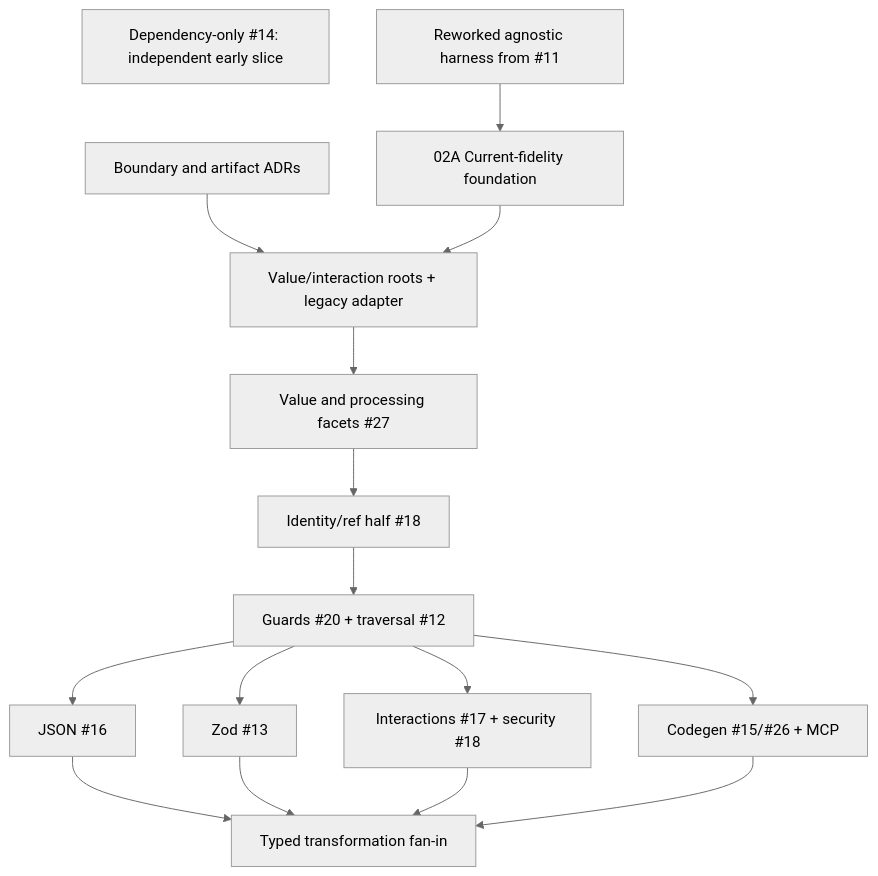
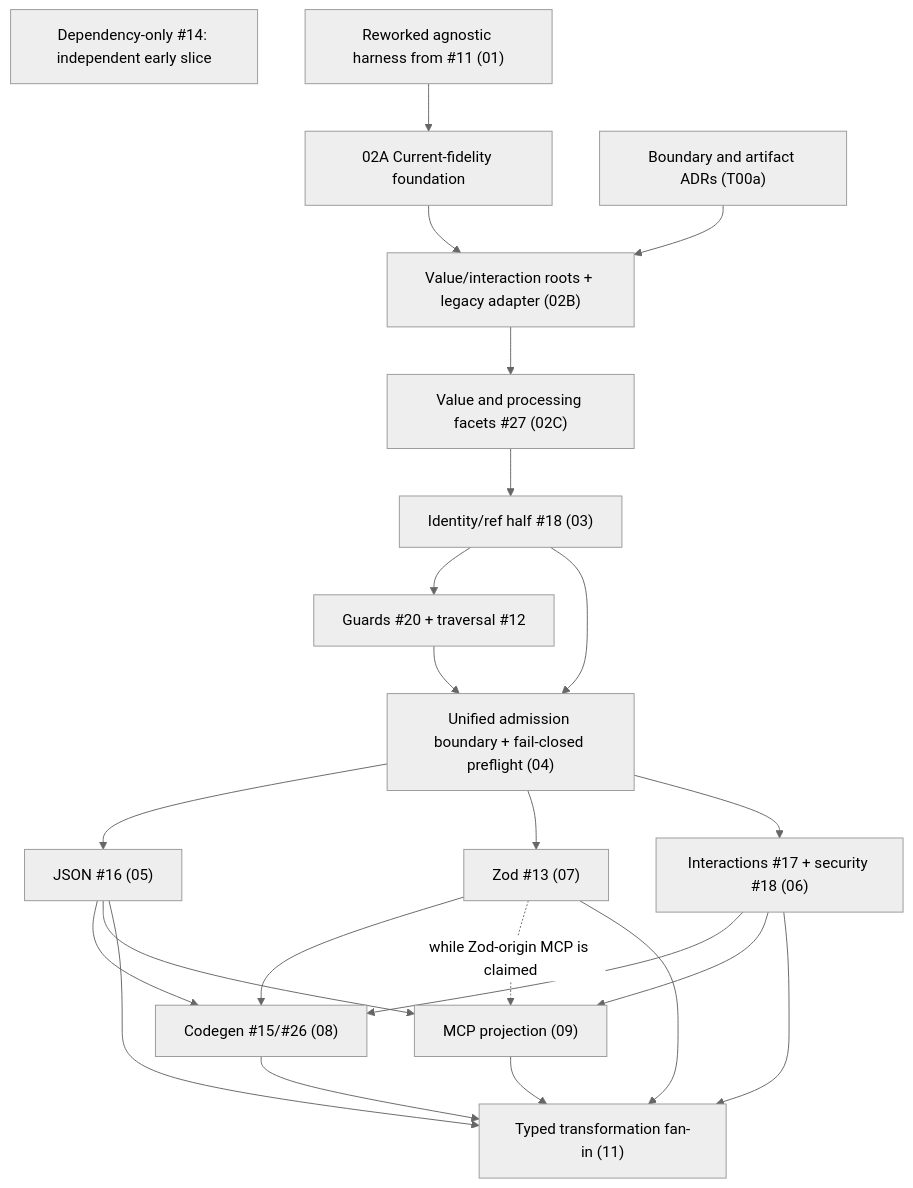
The second of 2 diagrams in .agent/report/castr-completeness-losslessness-proof-programme-2026-08-21.md (EngraphCode/castr), drawn with Mermaid (neutral theme) before and after one commit. The commit also changed other lines of this file and 2 other files, not shown here.

````diff
--- a/.agent/report/castr-completeness-losslessness-proof-programme-2026-08-21.md
+++ b/.agent/report/castr-completeness-losslessness-proof-programme-2026-08-21.md
@@ -2002,18 +2138,26 @@
 ```mermaid
 flowchart TD
     X["Dependency-only #14: independent early slice"]
-    B["Reworked agnostic harness from #11"] --> C["02A Current-fidelity foundation"]
-    A["Boundary and artifact ADRs"] --> D["Value/interaction roots + legacy adapter"]
+    B["Reworked agnostic harness from #11 (01)"] --> C["02A Current-fidelity foundation"]
+    A["Boundary and artifact ADRs (T00a)"] --> D["Value/interaction roots + legacy adapter (02B)"]
     C --> D
-    D --> E["Value and processing facets #27"]
-    E --> F["Identity/ref half #18"]
+    D --> E["Value and processing facets #27 (02C)"]
+    E --> F["Identity/ref half #18 (03)"]
     F --> G["Guards #20 + traversal #12"]
-    G --> H["JSON #16"]
-    G --> I["Zod #13"]
-    G --> K["Interactions #17 + security #18"]
-    G --> L["Codegen #15/#26 + MCP"]
-    H --> J["Typed transformation fan-in"]
+    F --> ADM["Unified admission boundary + fail-closed preflight (04)"]
+    G --> ADM
+    ADM --> H["JSON #16 (05)"]
+    ADM --> I["Zod #13 (07)"]
+    ADM --> K["Interactions #17 + security #18 (06)"]
+    H --> L["Codegen #15/#26 (08)"]
+    I --> L
+    K --> L
+    H --> M["MCP projection (09)"]
+    K --> M
+    I -.->|"while Zod-origin MCP is claimed"| M
+    H --> J["Typed transformation fan-in (11)"]
     I --> J
     K --> J
     L --> J
+    M --> J
 ```
````
